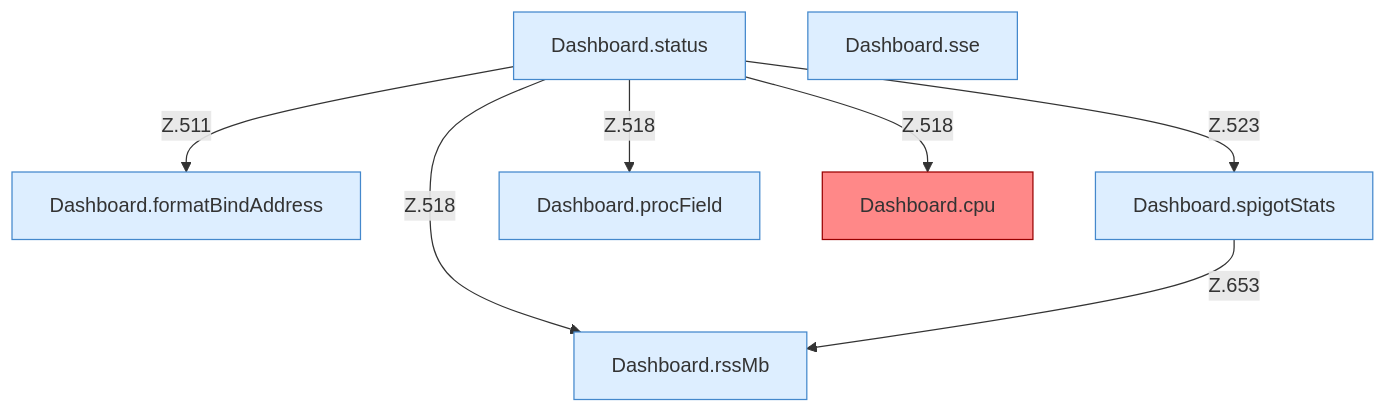
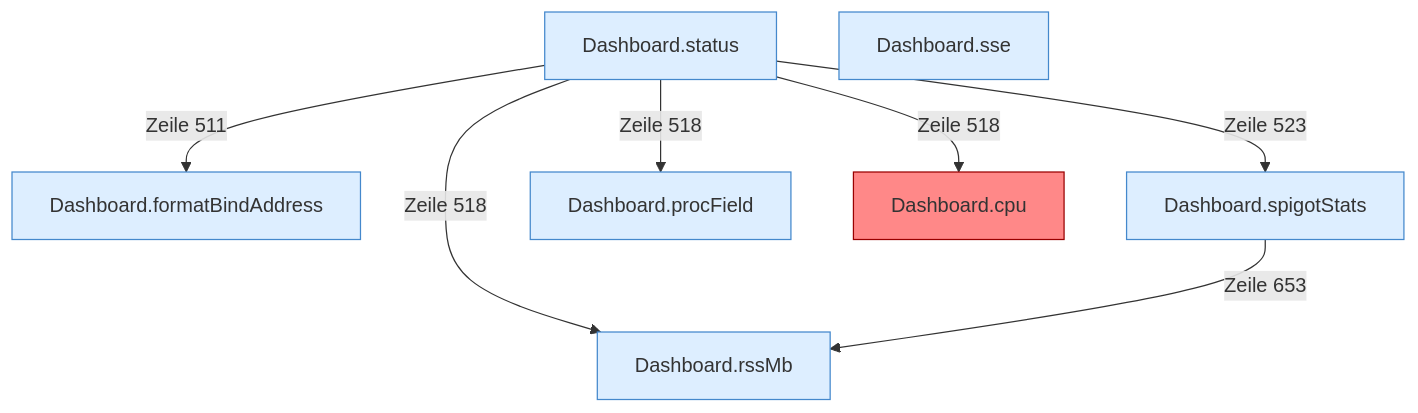
Before and after one commit to PrinceDiamant/minecraft-serverhoster-plugin: the diagram in API-Status.md, drawn with Mermaid. The commit also changed other lines of this file and 2005 other files, not shown here.

````diff
--- a/API-Status.md
+++ b/API-Status.md
@@ -5,19 +5,19 @@
 ```mermaid
 flowchart TD
   n1["Dashboard.status"]:::internal-link
   n2["Dashboard.formatBindAddress"]:::internal-link
   n3["Dashboard.spigotStats"]:::internal-link
   n4["Dashboard.procField"]:::internal-link
   n5["Dashboard.cpu"]:::internal-link
   n6["Dashboard.rssMb"]:::internal-link
   n7["Dashboard.sse"]:::internal-link
-  n1 -->|"Z.511"| n2
-  n1 -->|"Z.518"| n5
-  n1 -->|"Z.518"| n6
-  n1 -->|"Z.518"| n4
-  n1 -->|"Z.523"| n3
-  n3 -->|"Z.653"| n6
+  n1 -->|"Zeile 511"| n2
+  n1 -->|"Zeile 518"| n5
+  n1 -->|"Zeile 518"| n6
+  n1 -->|"Zeile 518"| n4
+  n1 -->|"Zeile 523"| n3
+  n3 -->|"Zeile 653"| n6
   classDef internal-link fill:#ddeeff,stroke:#4488cc
   classDef befund fill:#f88
   style n5 fill:#f88,stroke:#900
 ```
````
